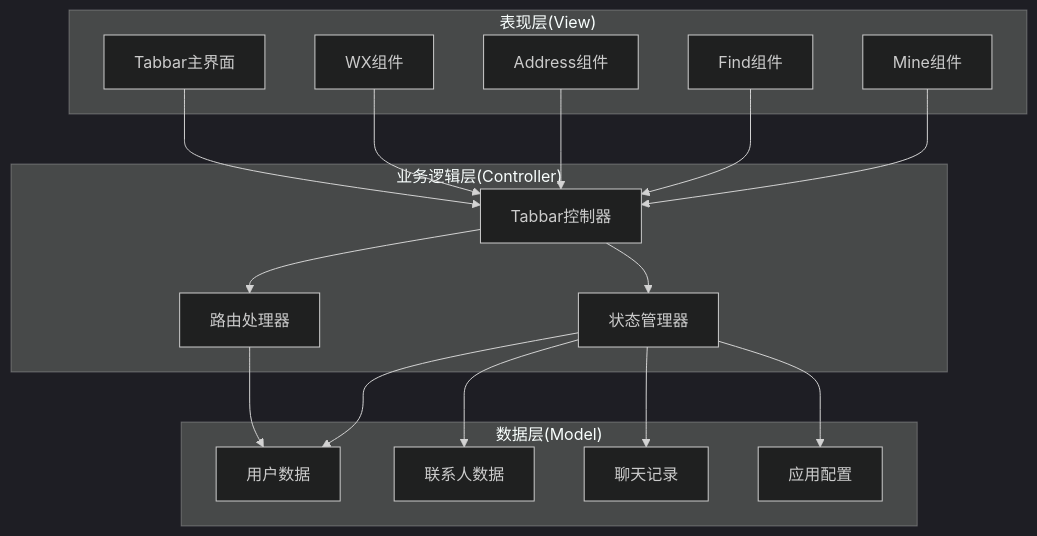
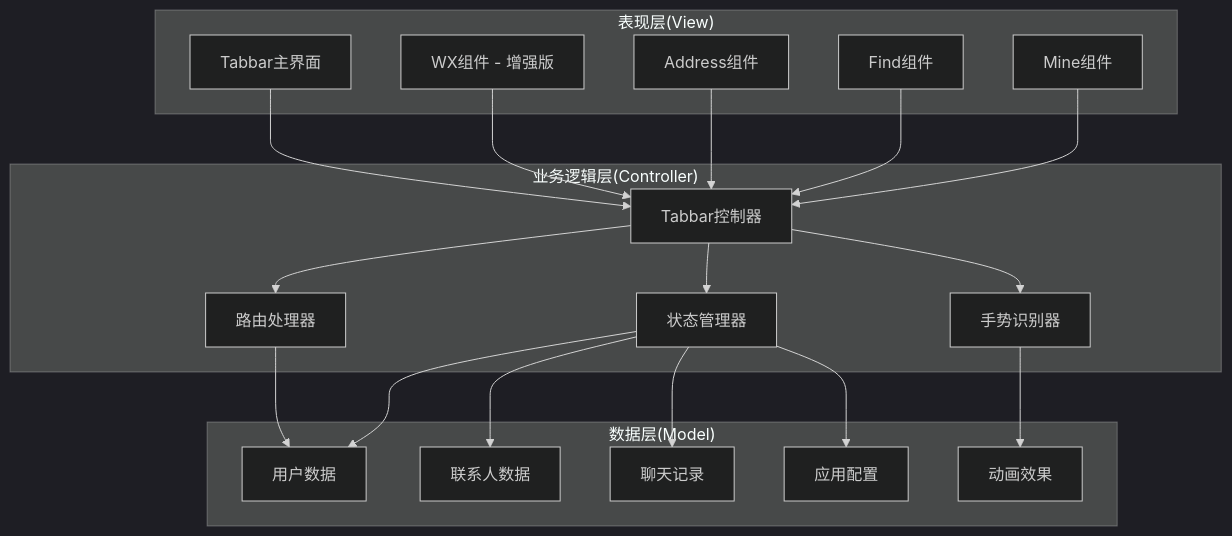
The second of 8 diagrams in .qoder/repowiki/zh/content/Tabbar System.md (giserman001/vue3-vant4-mobile), drawn with Mermaid (dark theme) before and after one commit. The commit also changed other lines of this file and 398 other files, not shown here.

````diff
--- a/.qoder/repowiki/zh/content/Tabbar System.md
+++ b/.qoder/repowiki/zh/content/Tabbar System.md
@@ -94,33 +103,37 @@
 ```mermaid
 graph TD
 subgraph "表现层(View)"
 A[Tabbar主界面]
-B[WX组件]
+B[WX组件 - 增强版]
 C[Address组件]
 D[Find组件]
 E[Mine组件]
 end
 subgraph "业务逻辑层(Controller)"
 F[Tabbar控制器]
 G[路由处理器]
 H[状态管理器]
+I[手势识别器]
 end
 subgraph "数据层(Model)"
-I[用户数据]
-J[联系人数据]
-K[聊天记录]
-L[应用配置]
+J[用户数据]
+K[联系人数据]
+L[聊天记录]
+M[应用配置]
+N[动画效果]
 end
 A --> F
 B --> F
 C --> F
 D --> F
 E --> F
 F --> G
 F --> H
-G --> I
-H --> I
+F --> I
+G --> J
 H --> J
 H --> K
 H --> L
+H --> M
+I --> N
 ```
````
